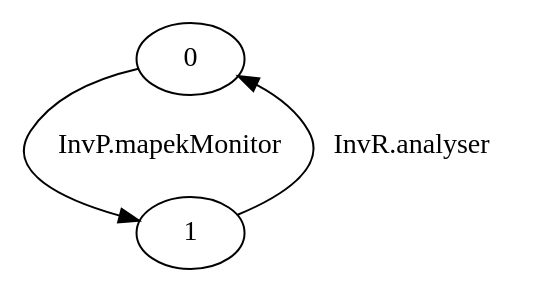
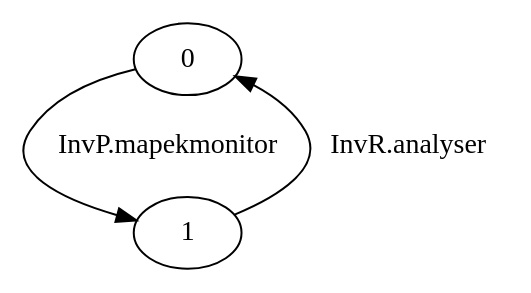
Before and after one commit to nsrosa70/midarch-go-v13: the diagram in src/cspspecs/SenderReceiver_EE/T3.dot, drawn with Graphviz. The commit also changed 29 other files, not shown here.

```diff
--- a/src/cspspecs/SenderReceiver_EE/T3.dot
+++ b/src/cspspecs/SenderReceiver_EE/T3.dot
@@ -1,4 +1,4 @@
 digraph G {
-  0 -> 1 [ label="InvP.mapekMonitor" ];
+  0 -> 1 [ label="InvP.mapekmonitor" ];
   1 -> 0 [ label="InvR.analyser" ];
 }
```
